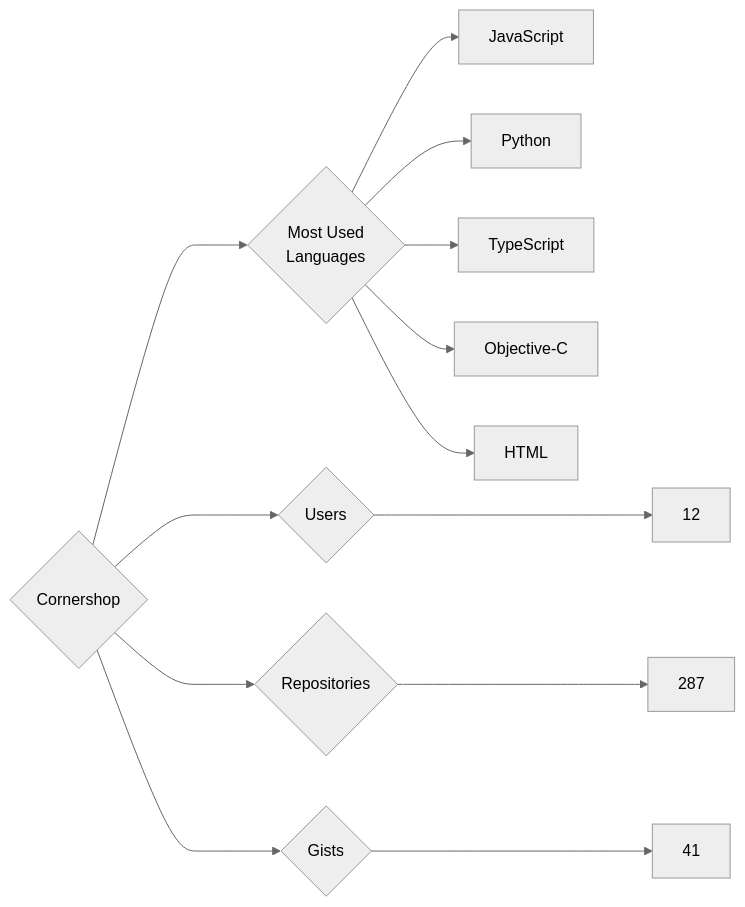
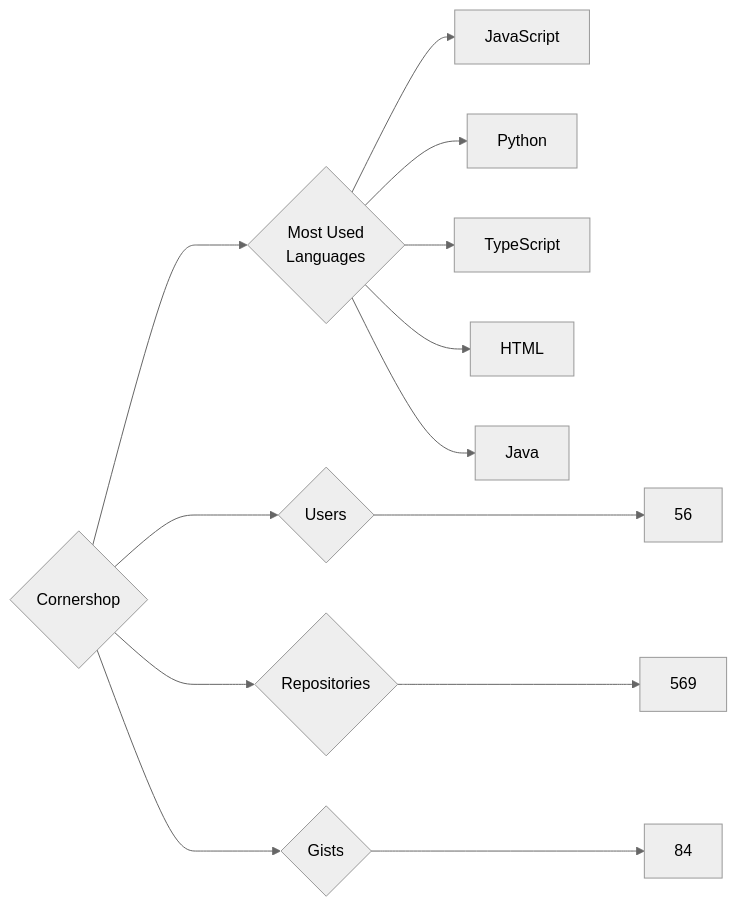
One commit to trickest/insiders changed the diagram in targets/Cornershop/README.md. Above: the diagram before and after it, drawn with Mermaid (neutral theme). The commit also changed 682 other files, not shown here.

````diff
--- a/targets/Cornershop/README.md
+++ b/targets/Cornershop/README.md
@@ -3,13 +3,13 @@
 ```mermaid
 graph LR
 COMPANY_NAME{Cornershop}
-COMPANY_NAME ---> U{Users} ---> UN[12]
-COMPANY_NAME ---> R{Repositories} ---> RN[287]
-COMPANY_NAME ---> G{Gists} ---> GN[41]
+COMPANY_NAME ---> U{Users} ---> UN[56]
+COMPANY_NAME ---> R{Repositories} ---> RN[569]
+COMPANY_NAME ---> G{Gists} ---> GN[84]
 COMPANY_NAME ---> ML{Most Used<br>Languages}
 ML --> JavaScript[JavaScript]
 ML --> Python[Python]
 ML --> TypeScript[TypeScript]
-ML --> Objective-C[Objective-C]
 ML --> HTML[HTML]
+ML --> Java[Java]
 ```
````
